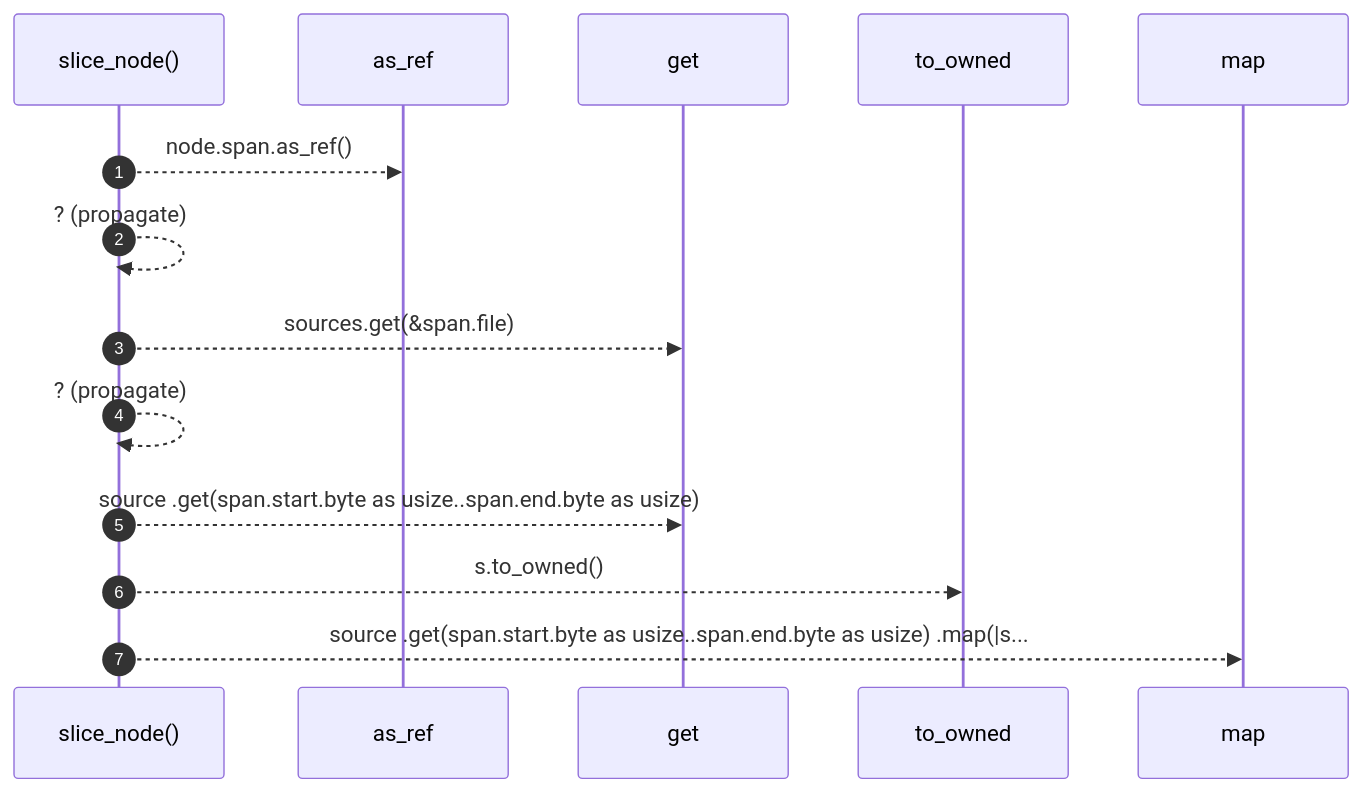
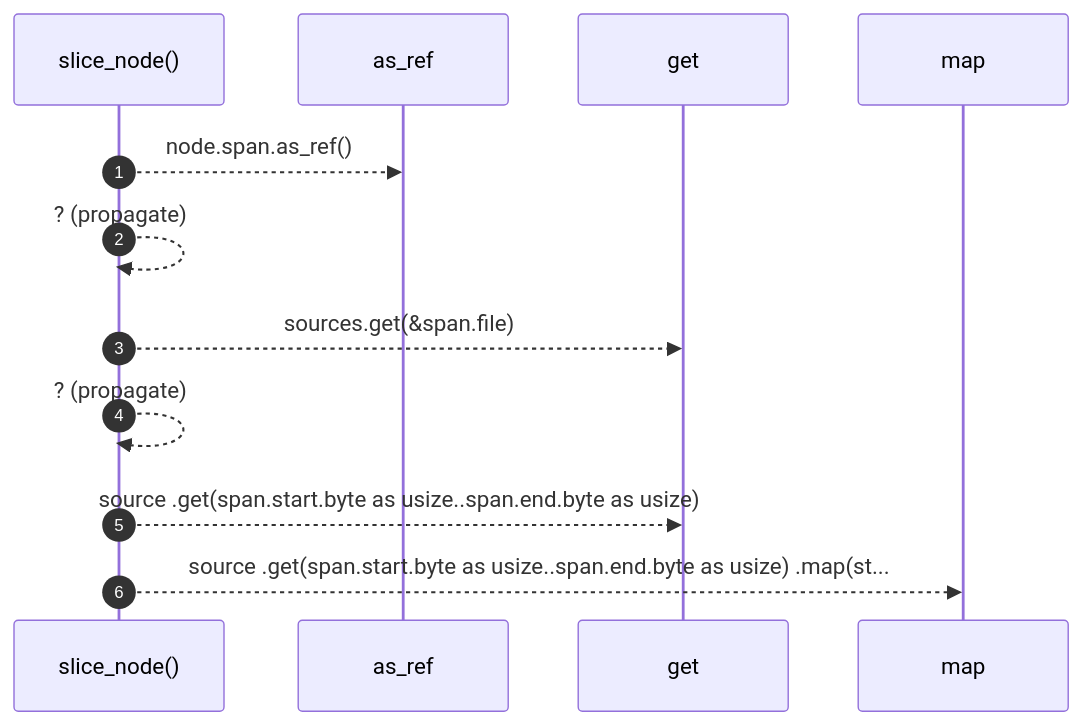
One commit to RyanGuild/self-describing-code changed the diagram in docs/self-model/robby_render/view/comments/slice-node.md. Above: the diagram before and after it, drawn with Mermaid. The commit also changed other lines of this file and 747 other files, not shown here.

````diff
--- a/docs/self-model/robby_render/view/comments/slice-node.md
+++ b/docs/self-model/robby_render/view/comments/slice-node.md
@@ -22,16 +22,14 @@
 ```mermaid
 sequenceDiagram
     autonumber
     participant slice_node as slice_node()
     participant as_ref as as_ref
     participant get as get
-    participant to_owned as to_owned
     participant map as map
     slice_node-->>as_ref: node.span.as_ref()
     slice_node-->>slice_node: ? (propagate)
     slice_node-->>get: sources.get(&span.file)
     slice_node-->>slice_node: ? (propagate)
     slice_node-->>get: source .get(span.start.byte as usize..span.end.byte as usize)
-    slice_node-->>to_owned: s.to_owned()
-    slice_node-->>map: source .get(span.start.byte as usize..span.end.byte as usize) .map(|s...
+    slice_node-->>map: source .get(span.start.byte as usize..span.end.byte as usize) .map(st...
 ```
````
